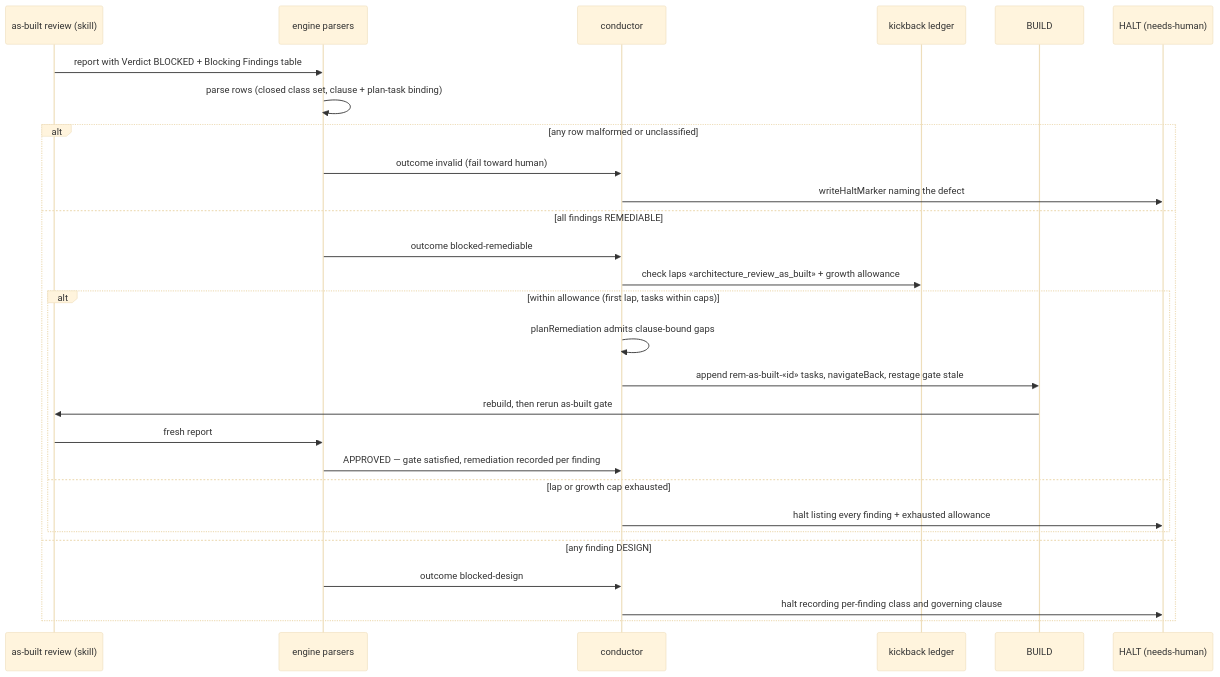
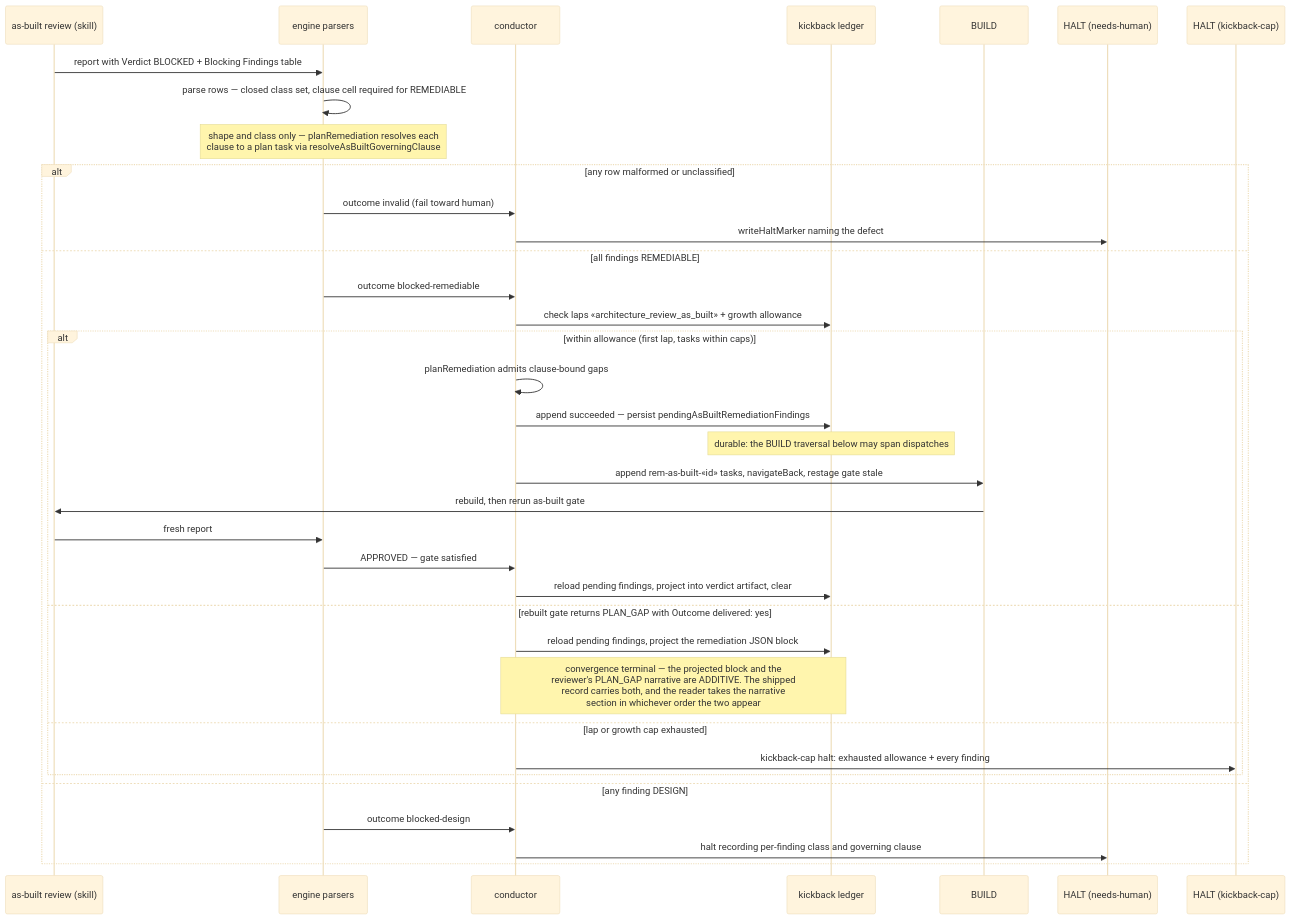
The diagram in .docs/architecture/sequences/every-as-built-blocked-verdict-halts-needs-human-i.md (jstoup111/ai-conductor), drawn with Mermaid (base theme) before and after one commit. The commit also changed other lines of this file and 29 other files, not shown here.

First line of the commit message:
feat: route remediable as-built findings to bounded repair (#1908)

````diff
--- a/.docs/architecture/sequences/every-as-built-blocked-verdict-halts-needs-human-i.md
+++ b/.docs/architecture/sequences/every-as-built-blocked-verdict-halts-needs-human-i.md
@@ -9,31 +9,39 @@
 ```mermaid
 sequenceDiagram
     participant AR as as-built review (skill)
     participant P as engine parsers
     participant C as conductor
     participant L as kickback ledger
     participant B as BUILD
     participant H as HALT (needs-human)
+    participant K as HALT (kickback-cap)
 
     AR->>P: report with Verdict BLOCKED + Blocking Findings table
-    P->>P: parse rows (closed class set, clause + plan-task binding)
+    P->>P: parse rows — closed class set, clause cell required for REMEDIABLE
+    Note over P: shape and class only — planRemediation resolves each<br/>clause to a plan task via resolveAsBuiltGoverningClause
     alt any row malformed or unclassified
         P->>C: outcome invalid (fail toward human)
         C->>H: writeHaltMarker naming the defect
     else all findings REMEDIABLE
         P->>C: outcome blocked-remediable
         C->>L: check laps «architecture_review_as_built» + growth allowance
         alt within allowance (first lap, tasks within caps)
             C->>C: planRemediation admits clause-bound gaps
+            C->>L: append succeeded — persist pendingAsBuiltRemediationFindings
+            Note over L: durable: the BUILD traversal below may span dispatches
             C->>B: append rem-as-built-«id» tasks, navigateBack, restage gate stale
             B->>AR: rebuild, then rerun as-built gate
             AR->>P: fresh report
-            P->>C: APPROVED — gate satisfied, remediation recorded per finding
+            P->>C: APPROVED — gate satisfied
+            C->>L: reload pending findings, project into verdict artifact, clear
+        else rebuilt gate returns PLAN_GAP with Outcome delivered: yes
+            C->>L: reload pending findings, project the remediation JSON block
+            Note over C,L: convergence terminal — the projected block and the<br/>reviewer's PLAN_GAP narrative are ADDITIVE. The shipped<br/>record carries both, and the reader takes the narrative<br/>section in whichever order the two appear
         else lap or growth cap exhausted
-            C->>H: halt listing every finding + exhausted allowance
+            C->>K: kickback-cap halt: exhausted allowance + every finding
         end
     else any finding DESIGN
         P->>C: outcome blocked-design
         C->>H: halt recording per-finding class and governing clause
     end
 ```
````
